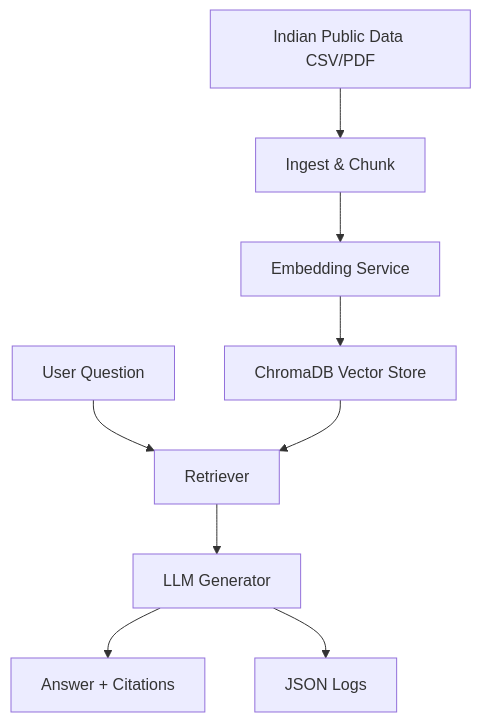
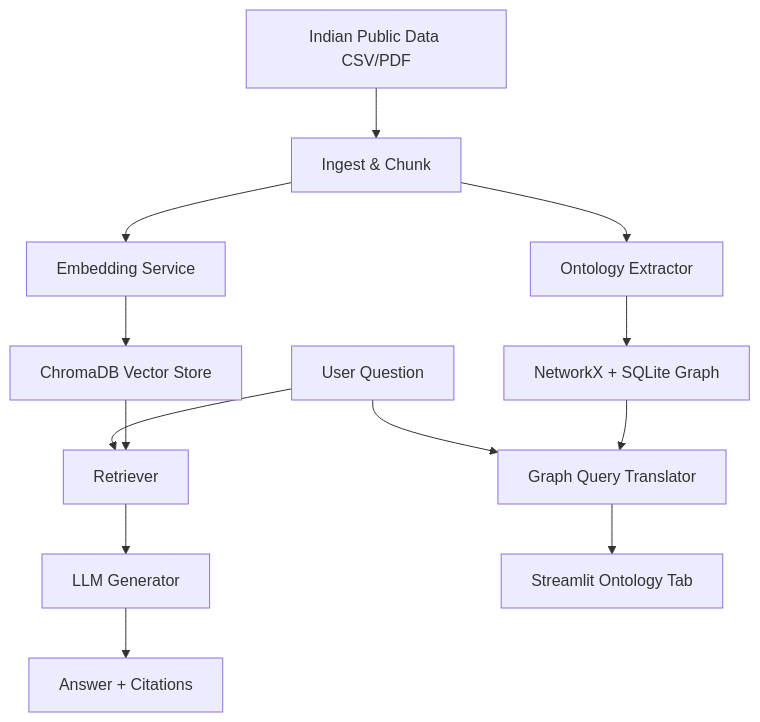
Before and after one commit to Unselfisheologism/provleptic: the diagram in README.md, drawn with Mermaid. The commit also changed other lines of this file and 13 other files, not shown here.

First line of the commit message:
feat: implement Phase 2 - Ontology Builder with NetworkX and SQLite

````diff
--- a/README.md
+++ b/README.md
@@ -15,11 +16,15 @@
 ```mermaid
 graph TD
     Data[Indian Public Data CSV/PDF] --> Ingest[Ingest & Chunk]
     Ingest --> Embed[Embedding Service]
+    Ingest --> Extractor[Ontology Extractor]
     Embed --> Chroma[ChromaDB Vector Store]
+    Extractor --> GraphStore[NetworkX + SQLite Graph]
     User[User Question] --> Retriever[Retriever]
+    User --> GraphQuery[Graph Query Translator]
     Chroma --> Retriever
+    GraphStore --> GraphQuery
     Retriever --> Generator[LLM Generator]
+    GraphQuery --> UI[Streamlit Ontology Tab]
     Generator --> Answer[Answer + Citations]
-    Generator --> Logs[JSON Logs]
 ```
````
